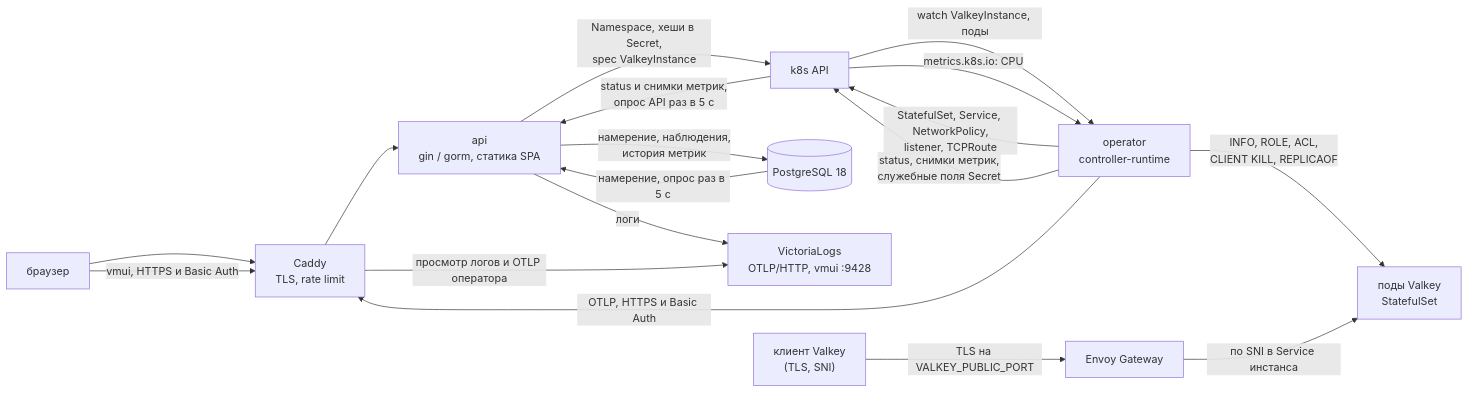
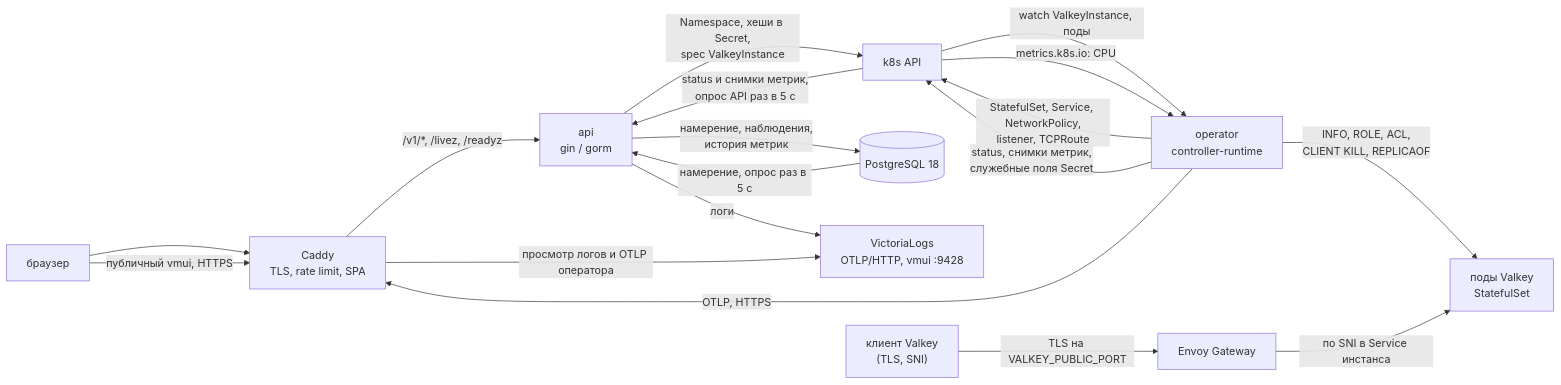
The first of 2 diagrams in SYSTEM.md (RostislavDugin/managed-valkey), drawn with Mermaid before and after one commit. The commit also changed other lines of this file and 123 other files, not shown here.

````diff
--- a/SYSTEM.md
+++ b/SYSTEM.md
@@ -100,31 +106,31 @@
 ```mermaid
 flowchart LR
     client["клиент Valkey<br/>(TLS, SNI)"]
     browser["браузер"]
-    caddy["Caddy<br/>TLS, rate limit"]
-    api["api<br/>gin / gorm, статика SPA"]
+    caddy["Caddy<br/>TLS, rate limit, SPA"]
+    api["api<br/>gin / gorm"]
     pg[("PostgreSQL 18")]
     vl["VictoriaLogs<br/>OTLP/HTTP, vmui :9428"]
     k8s["k8s API"]
     operator["operator<br/>controller-runtime"]
     gw["Envoy Gateway"]
     pods["поды Valkey<br/>StatefulSet"]
 
     browser --> caddy
-    caddy --> api
+    caddy -- "/v1/*, /livez, /readyz" --> api
     api -- "намерение, наблюдения,<br/>история метрик" --> pg
     pg -- "намерение, опрос раз в 5 с" --> api
     api -- "Namespace, хеши в Secret,<br/>spec ValkeyInstance" --> k8s
     k8s -- "status и снимки метрик,<br/>опрос API раз в 5 с" --> api
     k8s -- "watch ValkeyInstance, поды" --> operator
     operator -- "StatefulSet, Service, NetworkPolicy,<br/>listener, TCPRoute" --> k8s
     operator -- "INFO, ROLE, ACL,<br/>CLIENT KILL, REPLICAOF" --> pods
     operator -- "status, снимки метрик,<br/>служебные поля Secret" --> k8s
     k8s -- "metrics.k8s.io: CPU" --> operator
     api -- "логи" --> vl
-    operator -- "OTLP, HTTPS и Basic Auth" --> caddy
-    browser -- "vmui, HTTPS и Basic Auth" --> caddy
+    operator -- "OTLP, HTTPS" --> caddy
+    browser -- "публичный vmui, HTTPS" --> caddy
     caddy -- "просмотр логов и OTLP оператора" --> vl
     client -- "TLS на VALKEY_PUBLIC_PORT" --> gw
     gw -- "по SNI в Service инстанса" --> pods
 ```
````
